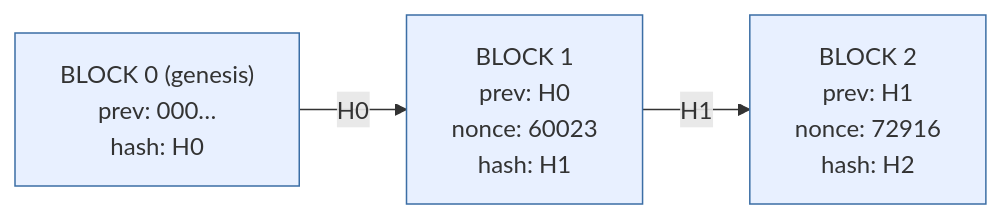
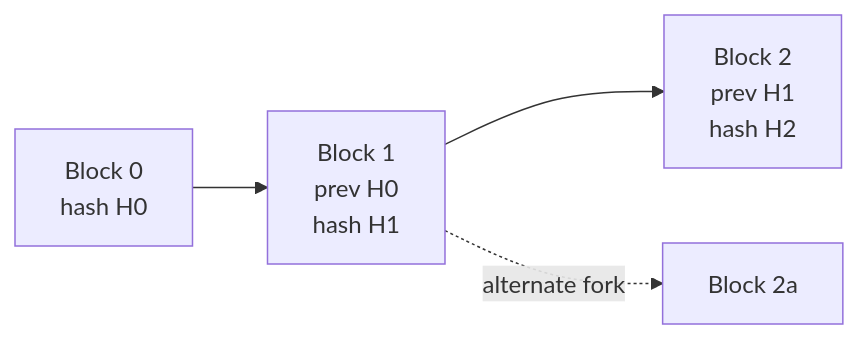
The second of 2 diagrams in Concepts/4 - Proof of Work.md (openarbx/blockchain_math_vault), drawn with Mermaid before and after one commit. The commit also changed other lines of this file, not shown here.

````diff
--- a/Concepts/4 - Proof of Work.md
+++ b/Concepts/4 - Proof of Work.md
@@ -75,10 +284,6 @@
 ```mermaid
 flowchart LR
-    B0["BLOCK 0 (genesis)<br/>prev: 000…<br/>hash: H0"]
-    B1["BLOCK 1<br/>prev: H0<br/>nonce: 60023<br/>hash: H1"]
-    B2["BLOCK 2<br/>prev: H1<br/>nonce: 72916<br/>hash: H2"]
-    B0 -->|"H0"| B1 -->|"H1"| B2
-    style B0 fill:#e8f0ff,stroke:#3b6ea5
-    style B1 fill:#e8f0ff,stroke:#3b6ea5
-    style B2 fill:#e8f0ff,stroke:#3b6ea5
+    B0["Block 0<br/>hash H0"] --> B1["Block 1<br/>prev H0<br/>hash H1"]
+    B1 --> B2["Block 2<br/>prev H1<br/>hash H2"]
+    B1 -. "alternate fork" .-> B2A["Block 2a"]
 ```
````
